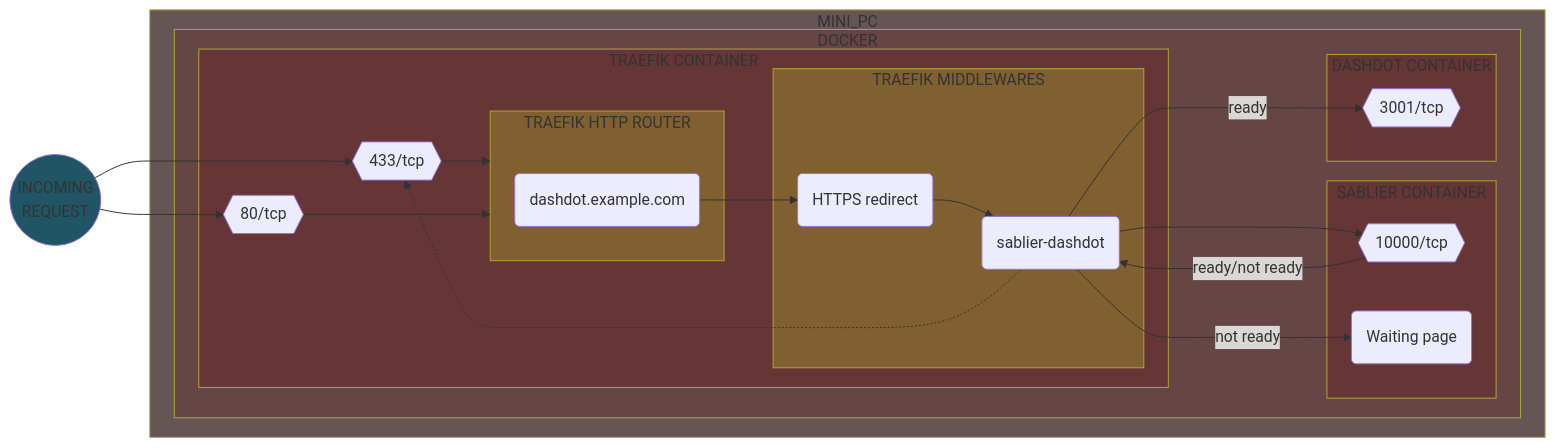
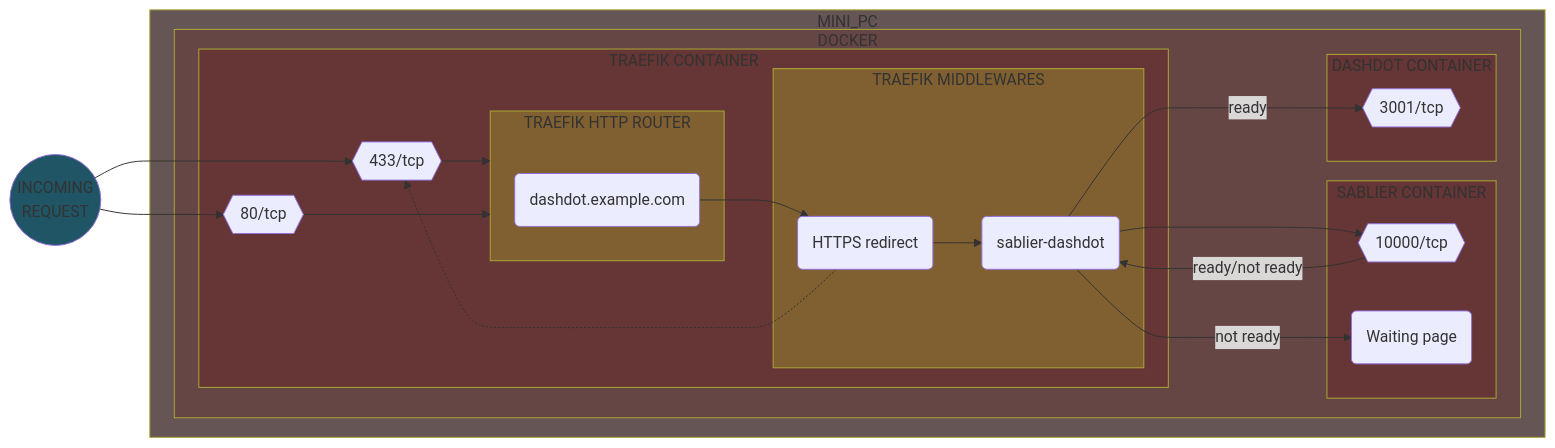
One commit to Yann39/self-hosted changed diagram 19 of 19 in README.md. Above: the diagram before and after it, drawn with Mermaid. The commit also changed other lines of this file and 1 other file, not shown here.

Commit message:
fixed minor error in Sablier flowchart in README

````diff
--- a/README.md
+++ b/README.md
@@ -4259,58 +4259,58 @@
 ```mermaid
 flowchart LR
     style INCOMING_REQUEST fill: #205566
     style TRAEFIK_CONTAINER fill: #663535
     style SABLIER_CONTAINER fill: #663535
     style DASHDOT_CONTAINER fill: #663535
     style TRAEFIK_ROUTER fill: #806030
     style TRAEFIK_MIDDLEWARE fill: #806030
     style SERVER_DEVICE fill: #665555
     style CONTAINER_ENGINE fill: #664545
     DOCKER_TRAEFIK_PORT443{{433/tcp}}
     DOCKER_TRAEFIK_PORT80{{80/tcp}}
     DOCKER_SABLIER_PORT{{10000/tcp}}
     DOCKER_DASHDOT_PORT{{3001/tcp}}
     WAITING_PAGE(Waiting page)
     TRAEFIK_ROUTER_APP(dashdot.example.com)
     TRAEFIK_MIDDLEWARE_REDIRECT(HTTPS redirect)
     TRAEFIK_MIDDLEWARE_DASHDOT(sablier-dashdot)
     INCOMING_REQUEST((INCOMING\nREQUEST))
     INCOMING_REQUEST --> DOCKER_TRAEFIK_PORT443
     INCOMING_REQUEST --> DOCKER_TRAEFIK_PORT80
 
     subgraph SERVER_DEVICE[MINI_PC]
         subgraph CONTAINER_ENGINE[DOCKER]
             subgraph SABLIER_CONTAINER[SABLIER CONTAINER]
                 DOCKER_SABLIER_PORT
                 WAITING_PAGE
             end
 
             subgraph DASHDOT_CONTAINER[DASHDOT CONTAINER]
                 DOCKER_DASHDOT_PORT
             end
 
             subgraph TRAEFIK_CONTAINER[TRAEFIK CONTAINER]
                 DOCKER_TRAEFIK_PORT443 --> TRAEFIK_ROUTER
                 DOCKER_TRAEFIK_PORT80 ---> TRAEFIK_ROUTER
 
                 subgraph TRAEFIK_ROUTER[TRAEFIK HTTP ROUTER]
                     TRAEFIK_ROUTER_APP
                 end
 
                 subgraph TRAEFIK_MIDDLEWARE[TRAEFIK MIDDLEWARES]
                     TRAEFIK_MIDDLEWARE_REDIRECT
                     TRAEFIK_MIDDLEWARE_DASHDOT
                 end
 
                 TRAEFIK_MIDDLEWARE_REDIRECT --> TRAEFIK_MIDDLEWARE_DASHDOT
-                TRAEFIK_MIDDLEWARE_DASHDOT -.-> DOCKER_TRAEFIK_PORT443
+                TRAEFIK_MIDDLEWARE_REDIRECT -.-> DOCKER_TRAEFIK_PORT443
                 TRAEFIK_ROUTER_APP --> TRAEFIK_MIDDLEWARE_REDIRECT
                 TRAEFIK_MIDDLEWARE_DASHDOT --> DOCKER_SABLIER_PORT
                 DOCKER_SABLIER_PORT -->|ready/not ready| TRAEFIK_MIDDLEWARE_DASHDOT
                 TRAEFIK_MIDDLEWARE_DASHDOT -->|ready| DOCKER_DASHDOT_PORT
                 TRAEFIK_MIDDLEWARE_DASHDOT -->|not ready| WAITING_PAGE
             end
 
         end
     end
 ```
````
